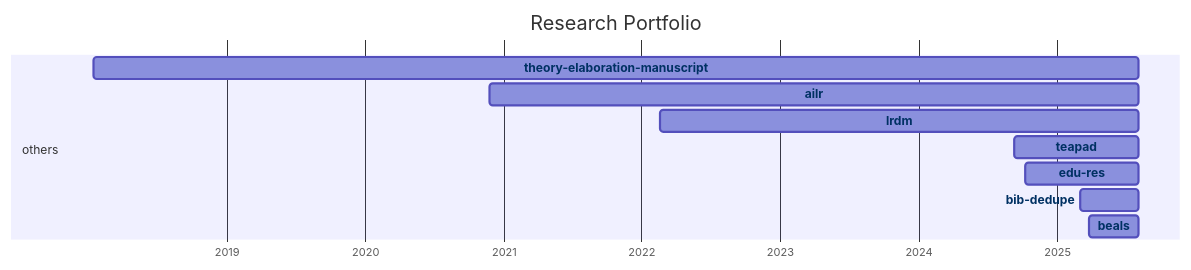
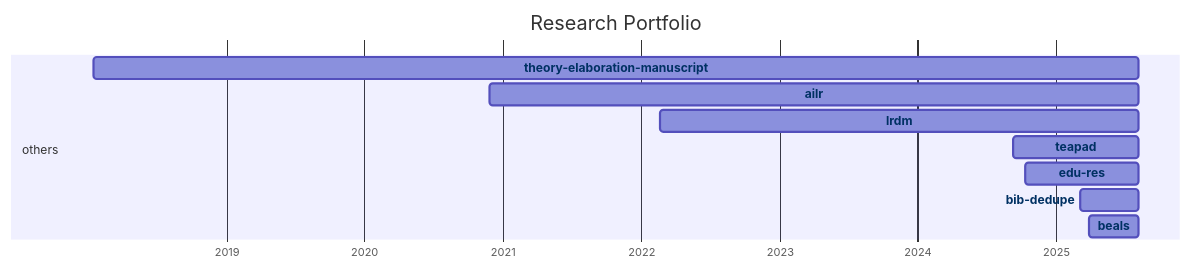
The diagram in docs/20-research/25-projects-gantt.md (digital-work-lab/handbook), drawn with Mermaid before and after one commit.

Commit message:
Update repository overview

````diff
--- a/docs/20-research/25-projects-gantt.md
+++ b/docs/20-research/25-projects-gantt.md
@@ -8,33 +8,33 @@
 ```mermaid
 ---
 displayMode: compact
 ---
 gantt
 title Research Portfolio
 dateFormat YYYY-MM-DD
 axisFormat %Y
 
     section work_practices
 
     section distributed_organizing
 
     section knowledge_synthesis
 
     section others
-        beals :beals, 2025-03-28, 2025-08-05
-        bib-dedupe :bib-dedupe, 2025-03-04, 2025-08-05
-        edu-res :edu-res, 2024-10-10, 2025-08-05
-        teapad :teapad, 2024-09-10, 2025-08-05
-        lrdm :lrdm, 2022-02-20, 2025-08-05
-        ailr :ailr, 2020-11-26, 2025-08-05
-        theory-elaboration-manuscript :theory-elaboration-manuscript, 2018-01-15, 2025-08-05
+        beals :beals, 2025-03-28, 2025-08-06
+        bib-dedupe :bib-dedupe, 2025-03-04, 2025-08-06
+        edu-res :edu-res, 2024-10-10, 2025-08-06
+        teapad :teapad, 2024-09-10, 2025-08-06
+        lrdm :lrdm, 2022-02-20, 2025-08-06
+        ailr :ailr, 2020-11-26, 2025-08-06
+        theory-elaboration-manuscript :theory-elaboration-manuscript, 2018-01-15, 2025-08-06
 
 
     click beals href "{{ site.baseurl }}/docs/10-lab/18-resources/beals.html"
     click bib-dedupe href "{{ site.baseurl }}/docs/10-lab/18-resources/bib-dedupe.html"
     click edu-res href "{{ site.baseurl }}/docs/10-lab/18-resources/edu-res.html"
     click teapad href "{{ site.baseurl }}/docs/10-lab/18-resources/teapad.html"
     click lrdm href "{{ site.baseurl }}/docs/10-lab/18-resources/lrdm.html"
     click ailr href "{{ site.baseurl }}/docs/10-lab/18-resources/ailr.html"
     click theory-elaboration-manuscript href "{{ site.baseurl }}/docs/10-lab/18-resources/theory-elaboration-manuscript.html"
 ```
````
